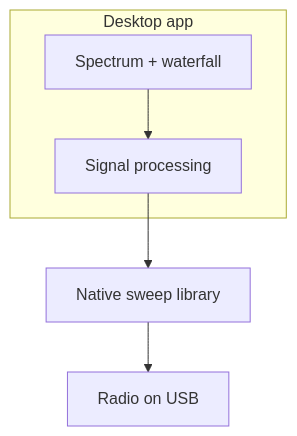
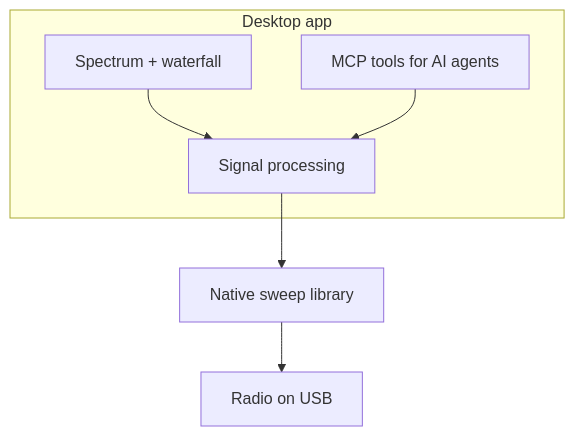
One commit to chris-piekarski/hackrf-spectrum-analyzer changed the diagram in README.md. Above: the diagram before and after it, drawn with Mermaid. The commit also changed other lines of this file and 9 other files, not shown here.

First line of the commit message:
Present the analyzer as an MCP interface for AI agents.

````diff
--- a/README.md
+++ b/README.md
@@ -45,10 +60,12 @@
 ```mermaid
 flowchart TD
     subgraph App["Desktop app"]
         Core["Signal processing"]
         UI["Spectrum + waterfall"]
+        MCP["MCP tools for AI agents"]
     end
     Native["Native sweep library"] --> Radio["Radio on USB"]
     Core --> Native
     UI --> Core
+    MCP --> Core
 ```
````
